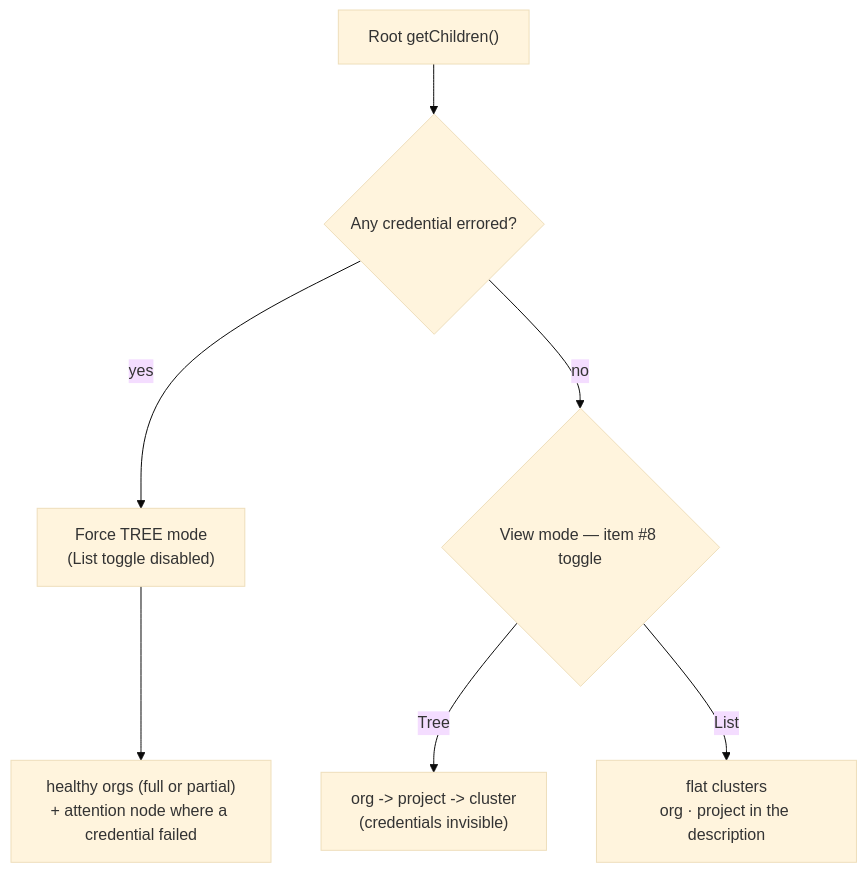
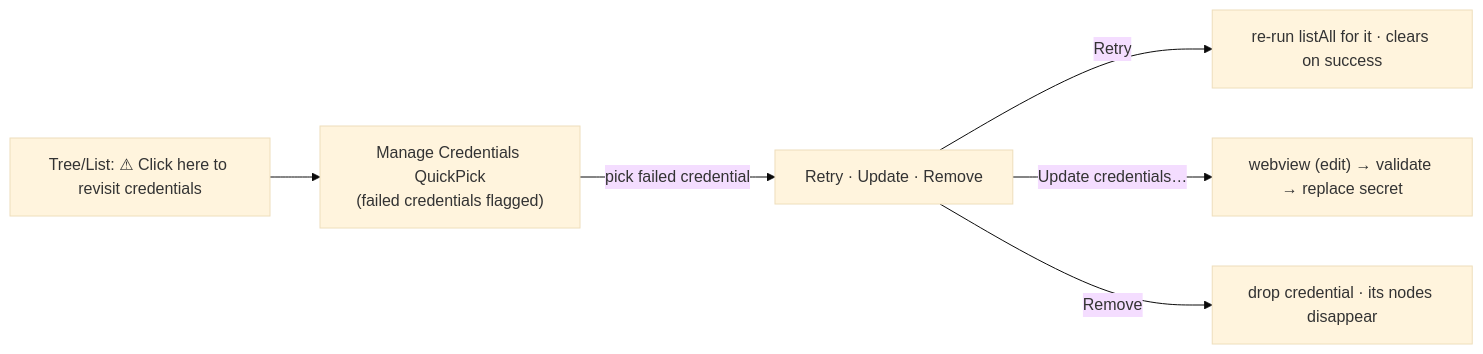
Before and after one commit to microsoft/vscode-documentdb: the second of 3 diagrams in docs/ai-and-plans/PRs/733-atlas-mongodb-discovery/multi-credential-poc-plan.md, drawn with Mermaid (base theme). The commit also changed other lines of this file, not shown here.

````diff
--- a/docs/ai-and-plans/PRs/733-atlas-mongodb-discovery/multi-credential-poc-plan.md
+++ b/docs/ai-and-plans/PRs/733-atlas-mongodb-discovery/multi-credential-poc-plan.md
@@ -511,9 +528,8 @@
 ```mermaid
-flowchart TD
-    A["Root getChildren()"] --> B{"Any credential errored?"}
-    B -->|"yes"| T["Force TREE mode<br/>(List toggle disabled)"]
-    B -->|"no"| M{"View mode — item #8 toggle"}
-    M -->|"Tree"| TT["org -> project -> cluster<br/>(credentials invisible)"]
-    M -->|"List"| LL["flat clusters<br/>org · project in the description"]
-    T --> G["healthy orgs (full or partial)<br/>+ attention node where a credential failed"]
+flowchart LR
+    N["Tree/List: ⚠ Click here to revisit credentials"] --> Q["Manage Credentials QuickPick<br/>(failed credentials flagged)"]
+    Q -->|"pick failed credential"| A["Retry · Update · Remove"]
+    A -->|"Retry"| RT["re-run listAll for it · clears on success"]
+    A -->|"Update credentials…"| WV["webview (edit) → validate → replace secret"]
+    A -->|"Remove"| RM["drop credential · its nodes disappear"]
 ```
````
